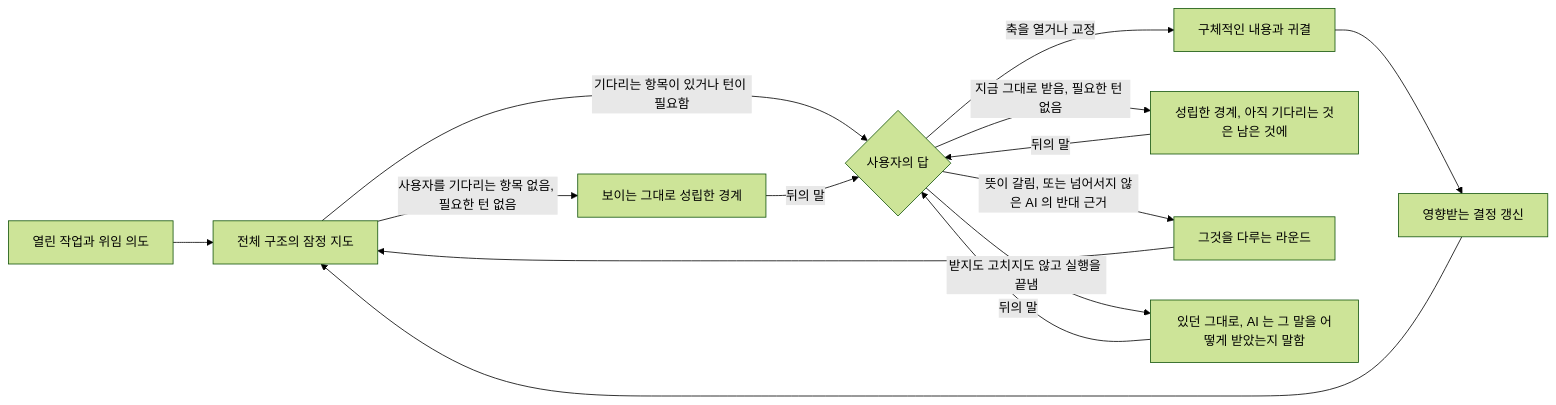
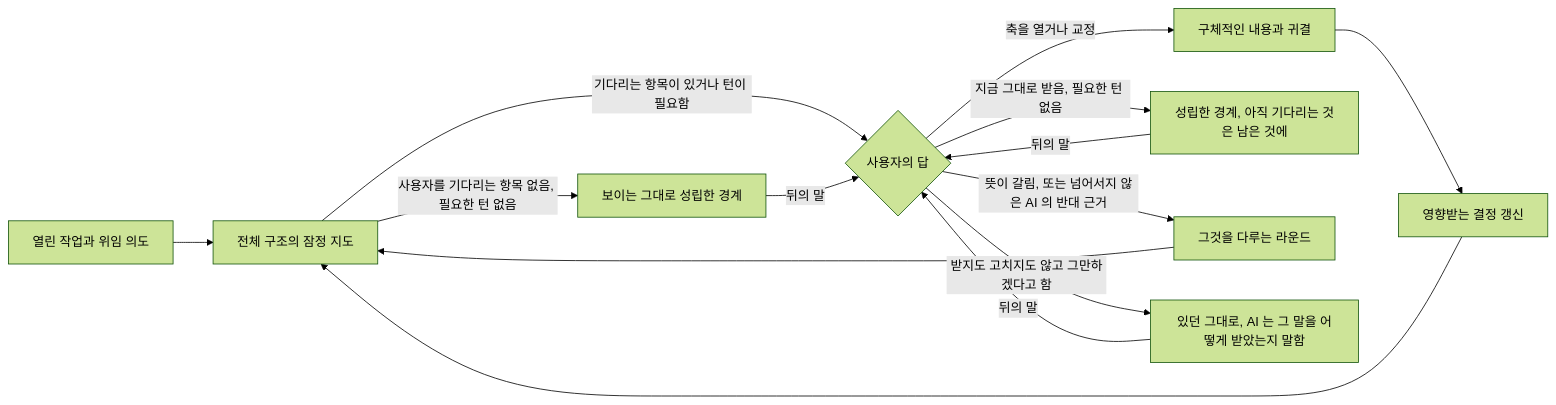
Before and after one commit to jongwony/epistemic-protocols: the diagram in horismos/README_ko.md, drawn with Mermaid (forest theme). The commit also changed other lines of this file and 3 other files, not shown here.

````diff
--- a/horismos/README_ko.md
+++ b/horismos/README_ko.md
@@ -9,16 +9,16 @@
 ```mermaid
 flowchart LR
     A[열린 작업과 위임 의도] --> B[전체 구조의 잠정 지도]
     B -->|사용자를 기다리는 항목 없음, 필요한 턴 없음| G[보이는 그대로 성립한 경계]
     B -->|기다리는 항목이 있거나 턴이 필요함| C{사용자의 답}
     C -->|축을 열거나 교정| D[구체적인 내용과 귀결]
     D --> E[영향받는 결정 갱신]
     E --> B
     C -->|지금 그대로 받음, 필요한 턴 없음| F[성립한 경계, 아직 기다리는 것은 남은 것에]
     C -->|뜻이 갈림, 또는 넘어서지 않은 AI 의 반대 근거| H[그것을 다루는 라운드]
     H --> B
-    C -->|받지도 고치지도 않고 실행을 끝냄| K[있던 그대로, AI 는 그 말을 어떻게 받았는지 말함]
+    C -->|받지도 고치지도 않고 그만하겠다고 함| K[있던 그대로, AI 는 그 말을 어떻게 받았는지 말함]
     K -->|뒤의 말| C
     F -->|뒤의 말| C
     G -->|뒤의 말| C
 ```
````
